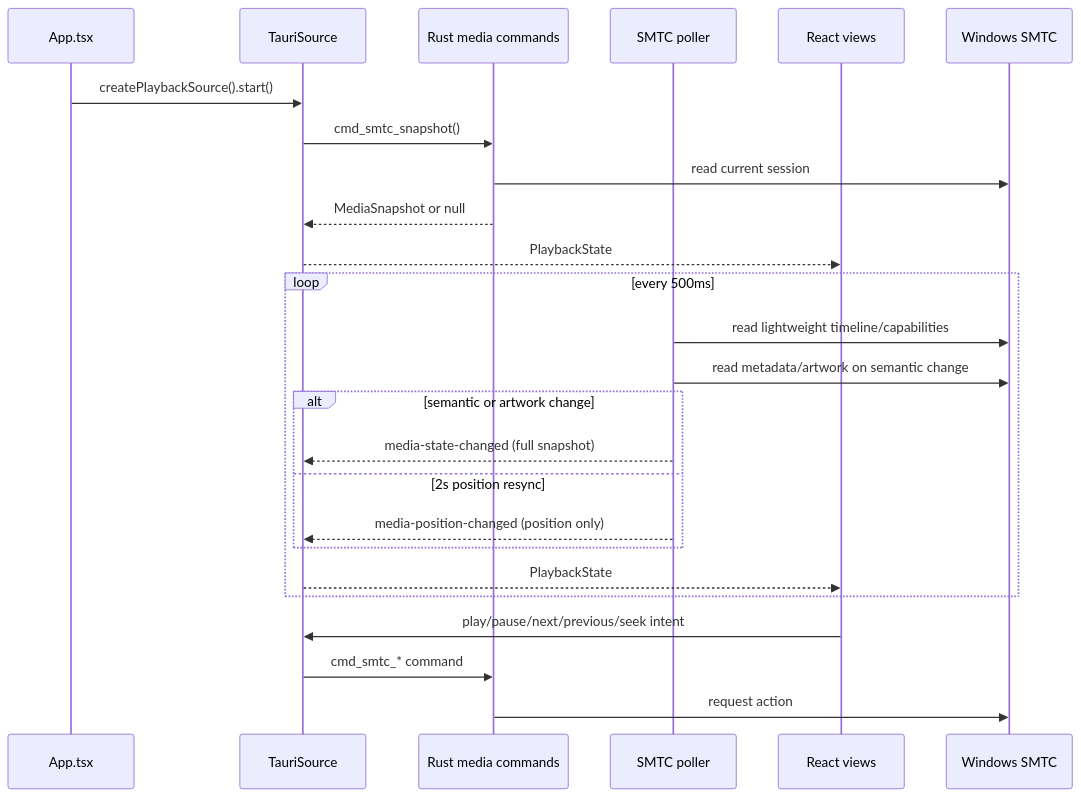
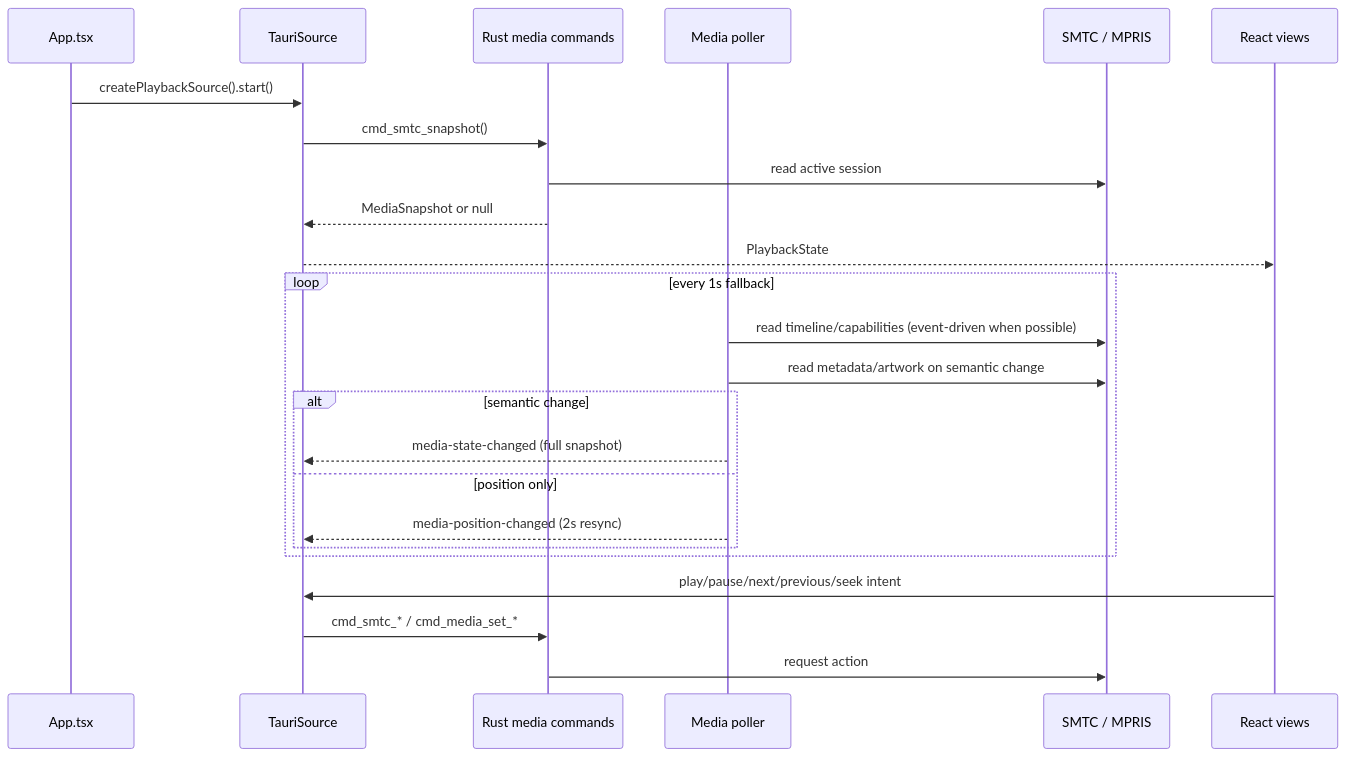
The second of 3 diagrams in docs/ARCHITECTURE.md (Shelldock1/vinyldeck), drawn with Mermaid before and after one commit. The commit also changed other lines of this file and 14 other files, not shown here.

````diff
--- a/docs/ARCHITECTURE.md
+++ b/docs/ARCHITECTURE.md
@@ -46,28 +76,27 @@
 ```mermaid
 sequenceDiagram
   participant App as App.tsx
   participant Source as TauriSource
   participant Rust as Rust media commands
-  participant Poller as SMTC poller
+  participant Poller as Media poller
+  participant Bridge as SMTC / MPRIS
   participant UI as React views
-  participant SMTC as Windows SMTC
 
   App->>Source: createPlaybackSource().start()
   Source->>Rust: cmd_smtc_snapshot()
-  Rust->>SMTC: read current session
+  Rust->>Bridge: read active session
   Rust-->>Source: MediaSnapshot or null
   Source-->>UI: PlaybackState
-  loop every 500ms
-    Poller->>SMTC: read lightweight timeline/capabilities
-    Poller->>SMTC: read metadata/artwork on semantic change
-    alt semantic or artwork change
+  loop every 1s fallback
+    Poller->>Bridge: read timeline/capabilities (event-driven when possible)
+    Poller->>Bridge: read metadata/artwork on semantic change
+    alt semantic change
       Poller-->>Source: media-state-changed (full snapshot)
-    else 2s position resync
-      Poller-->>Source: media-position-changed (position only)
+    else position only
+      Poller-->>Source: media-position-changed (2s resync)
     end
-    Source-->>UI: PlaybackState
   end
   UI->>Source: play/pause/next/previous/seek intent
-  Source->>Rust: cmd_smtc_* command
-  Rust->>SMTC: request action
+  Source->>Rust: cmd_smtc_* / cmd_media_set_*
+  Rust->>Bridge: request action
 ```
````
